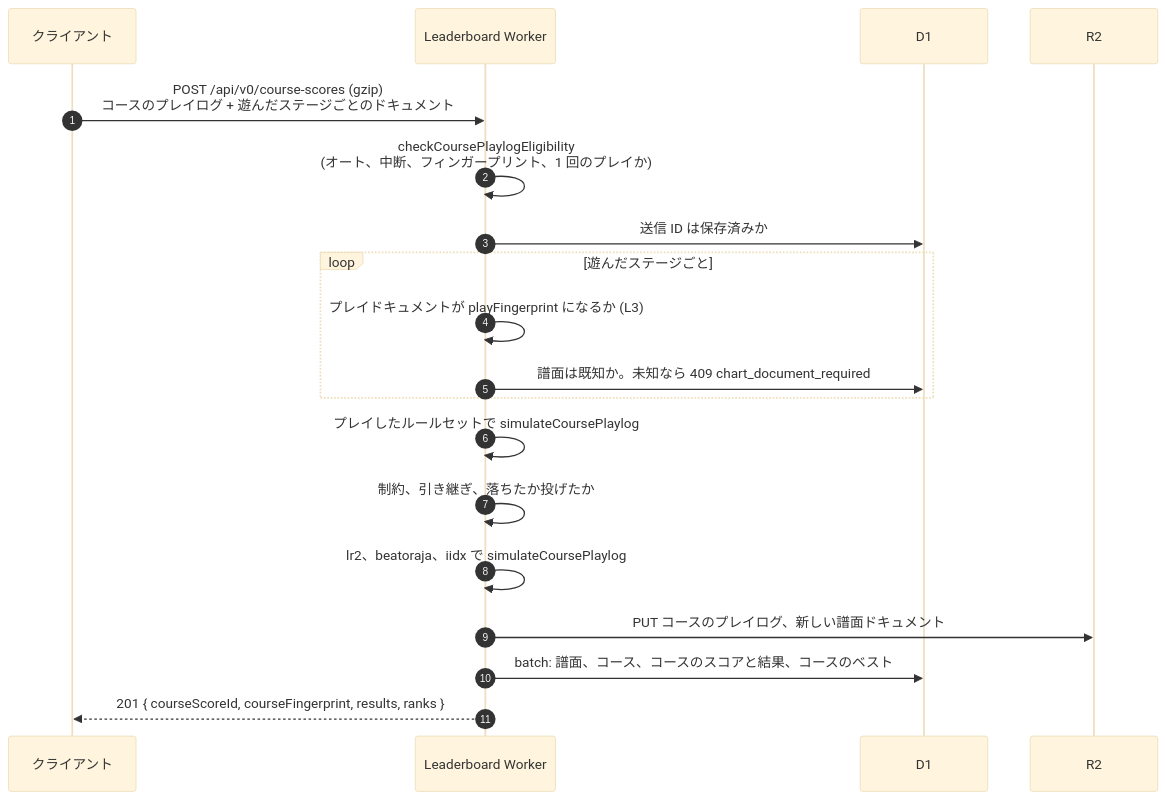
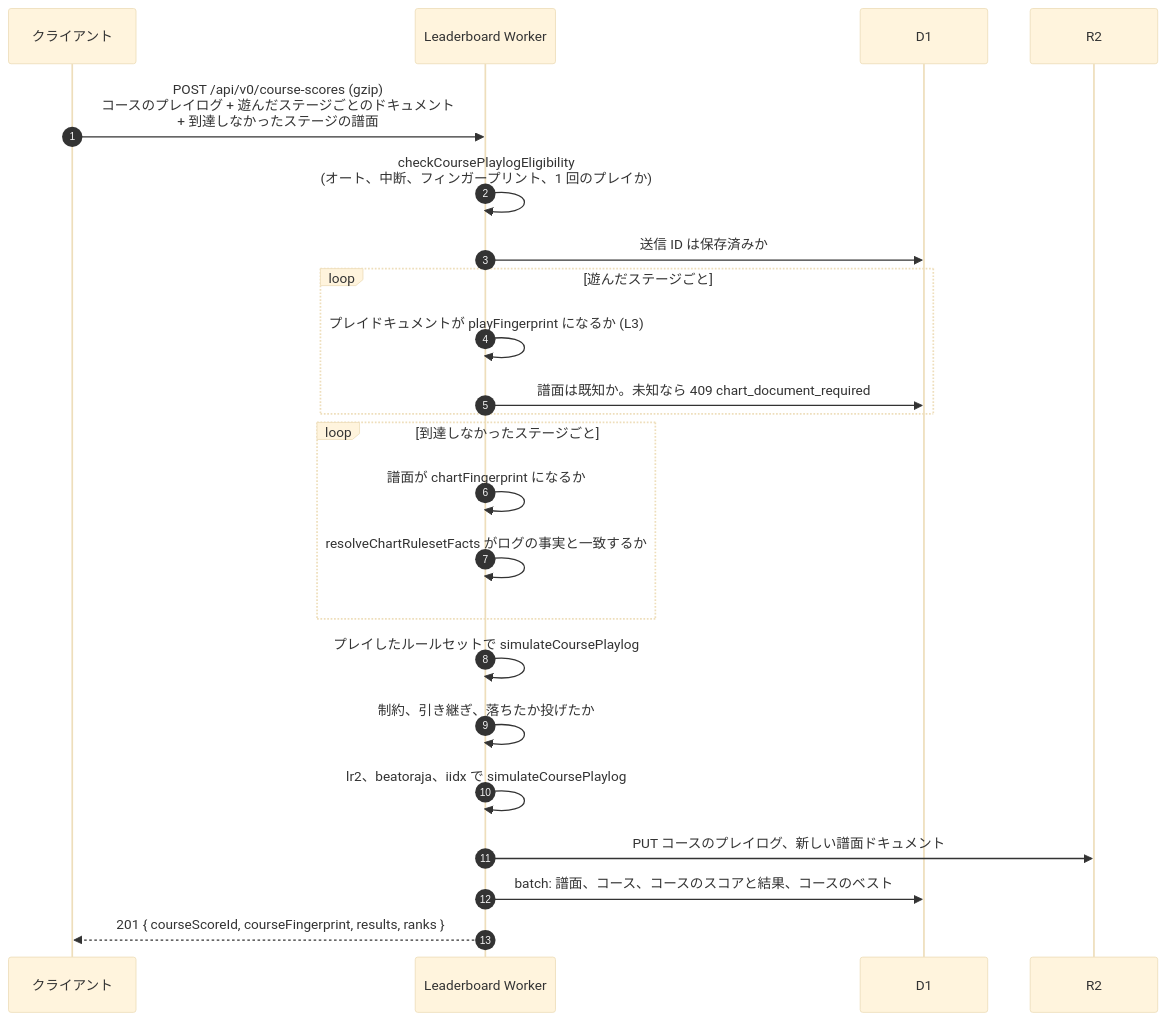
One commit to nulltask/be-music changed the second of 3 diagrams in docs/leaderboard.ja.md. Above: the diagram before and after it, drawn with Mermaid (base theme). The commit also changed other lines of this file and 3 other files, not shown here.

First line of the commit message:
docs: describe how course runs are verified from their stage charts [ci skip]

````diff
--- a/docs/leaderboard.ja.md
+++ b/docs/leaderboard.ja.md
@@ -271,22 +291,26 @@
 ```mermaid
 sequenceDiagram
     autonumber
     participant C as クライアント
     participant A as Leaderboard Worker
     participant D as D1
     participant R as R2
 
-    C->>A: POST /api/v0/course-scores (gzip)<br/>コースのプレイログ + 遊んだステージごとのドキュメント
+    C->>A: POST /api/v0/course-scores (gzip)<br/>コースのプレイログ + 遊んだステージごとのドキュメント<br/>+ 到達しなかったステージの譜面
     A->>A: checkCoursePlaylogEligibility<br/>(オート、中断、フィンガープリント、1 回のプレイか)
     A->>D: 送信 ID は保存済みか
     loop 遊んだステージごと
         A->>A: プレイドキュメントが playFingerprint になるか (L3)
         A->>D: 譜面は既知か。未知なら 409 chart_document_required
+    end
+    loop 到達しなかったステージごと
+        A->>A: 譜面が chartFingerprint になるか
+        A->>A: resolveChartRulesetFacts がログの事実と一致するか
     end
     A->>A: プレイしたルールセットで simulateCoursePlaylog
     A->>A: 制約、引き継ぎ、落ちたか投げたか
     A->>A: lr2、beatoraja、iidx で simulateCoursePlaylog
     A->>R: PUT コースのプレイログ、新しい譜面ドキュメント
     A->>D: batch: 譜面、コース、コースのスコアと結果、コースのベスト
     A-->>C: 201 { courseScoreId, courseFingerprint, results, ranks }
 ```
````
